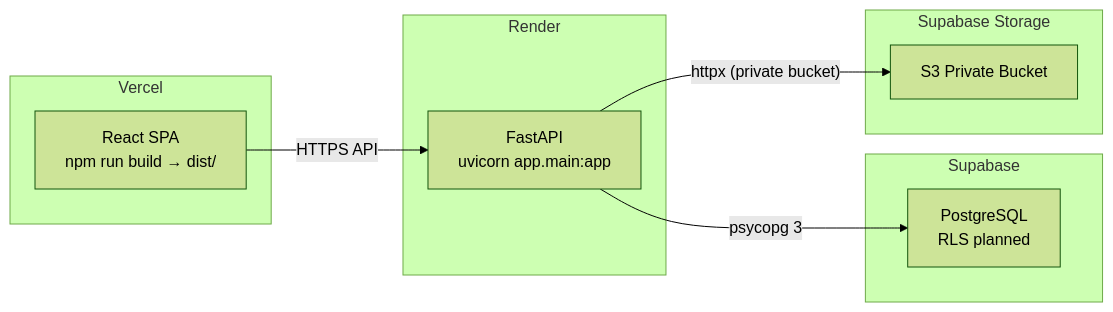
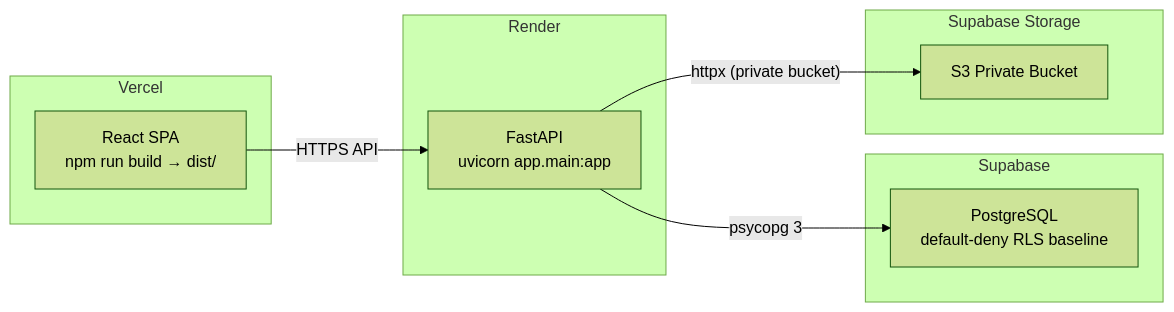
One commit to saisankeerth27/TrustVault changed the fourth of 4 diagrams in docs/ARCHITECTURE.md. Above: the diagram before and after it, drawn with Mermaid (forest theme). The commit also changed other lines of this file and 40 other files, not shown here.

````diff
--- a/docs/ARCHITECTURE.md
+++ b/docs/ARCHITECTURE.md
@@ -441,22 +441,22 @@
 ```mermaid
 graph LR
     subgraph "Vercel"
         FE["React SPA<br/>npm run build → dist/"]
     end
 
     subgraph "Render"
         BE["FastAPI<br/>uvicorn app.main:app"]
     end
 
     subgraph "Supabase"
-        PG["PostgreSQL<br/>RLS planned"]
+        PG["PostgreSQL<br/>default-deny RLS baseline"]
     end
 
     subgraph "Supabase Storage"
         WS["S3 Private Bucket"]
     end
 
     FE -->|"HTTPS API"| BE
     BE -->|"psycopg 3"| PG
     BE -->|"httpx (private bucket)"| WS
 ```
````
